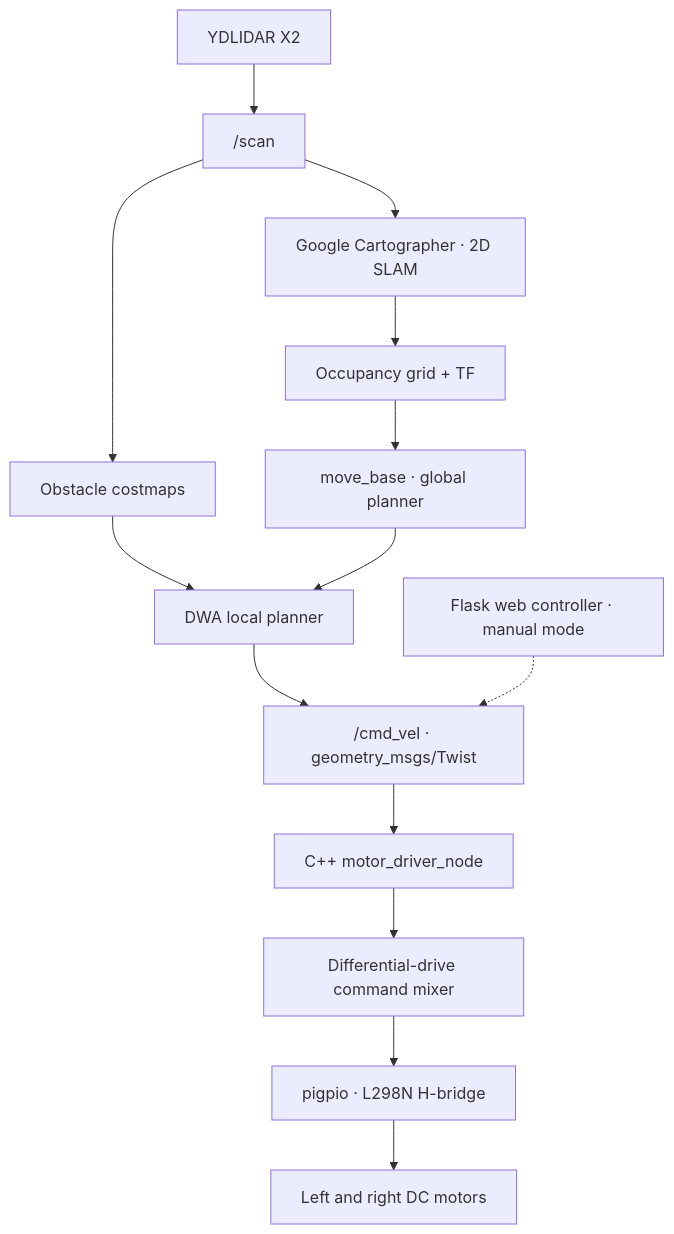
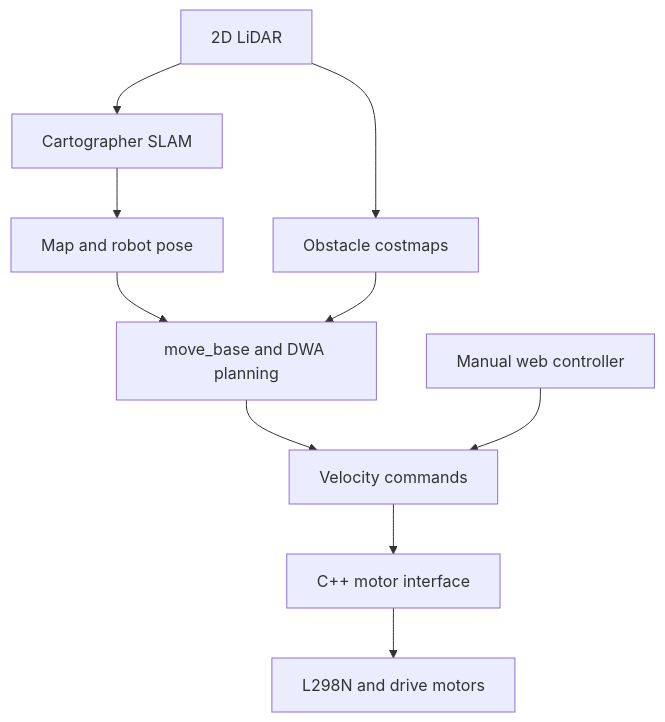
Before and after one commit to pashaeimehran/autonomous-mobile-robot: the diagram in README.md, drawn with Mermaid. The commit also changed other lines of this file, not shown here.

````diff
--- a/README.md
+++ b/README.md
@@ -18,16 +21,12 @@
 ```mermaid
 flowchart TD
-    L["YDLIDAR X2"] --> S["/scan"]
-    S --> SLAM["Google Cartographer · 2D SLAM"]
-    SLAM --> MAP["Occupancy grid + TF"]
-    MAP --> NAV["move_base · global planner"]
-    S --> COST["Obstacle costmaps"]
-    COST --> DWA["DWA local planner"]
-    NAV --> DWA
-    DWA --> CMD["/cmd_vel · geometry_msgs/Twist"]
-    WEB["Flask web controller · manual mode"] -.-> CMD
-    CMD --> NODE["C++ motor_driver_node"]
-    NODE --> MIX["Differential-drive command mixer"]
-    MIX --> GPIO["pigpio · L298N H-bridge"]
-    GPIO --> MOTORS["Left and right DC motors"]
+    L["2D LiDAR"] --> S["Cartographer SLAM"]
+    S --> M["Map and robot pose"]
+    M --> N["move_base and DWA planning"]
+    L --> C["Obstacle costmaps"]
+    C --> N
+    N --> V["Velocity commands"]
+    W["Manual web controller"] --> V
+    V --> D["C++ motor interface"]
+    D --> H["L298N and drive motors"]
 ```
````
